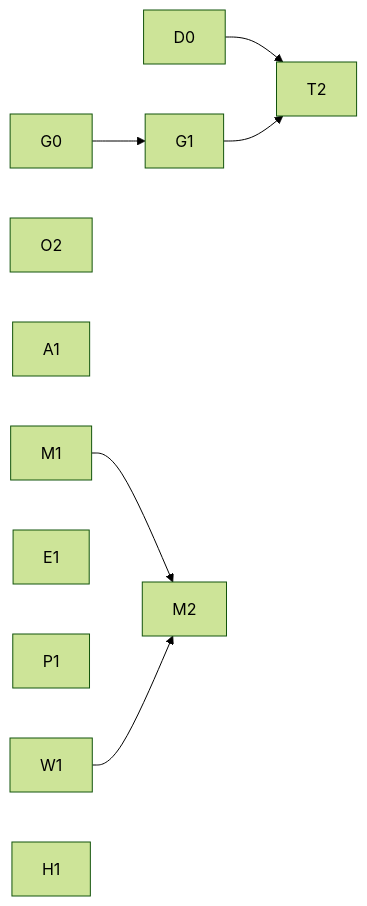
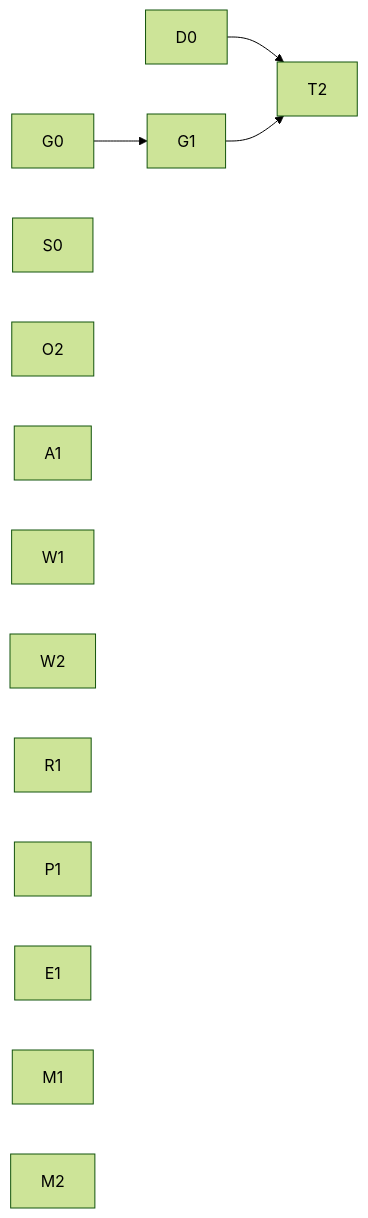
The diagram in docs/design/serving/control-reaction-plan.md (lab-paper-code/chill), drawn with Mermaid (forest theme) before and after one commit. The commit also changed other lines of this file, not shown here.

````diff
--- a/docs/design/serving/control-reaction-plan.md
+++ b/docs/design/serving/control-reaction-plan.md
@@ -130,14 +170,16 @@
 ```mermaid
 graph LR
   G0 --> G1
   D0 --> T2
   G1 --> T2
+  S0
   O2
   A1
   W1
+  W2
+  R1
+  P1
   E1
-  P1
-  M1 --> M2
-  W1 --> M2
-  H1
+  M1
+  M2
 ```
````
